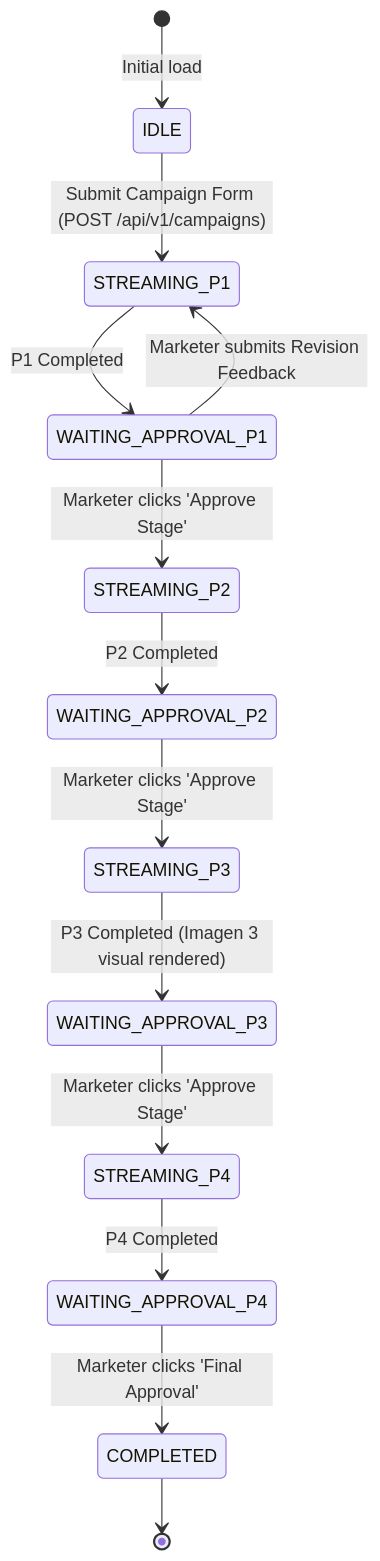
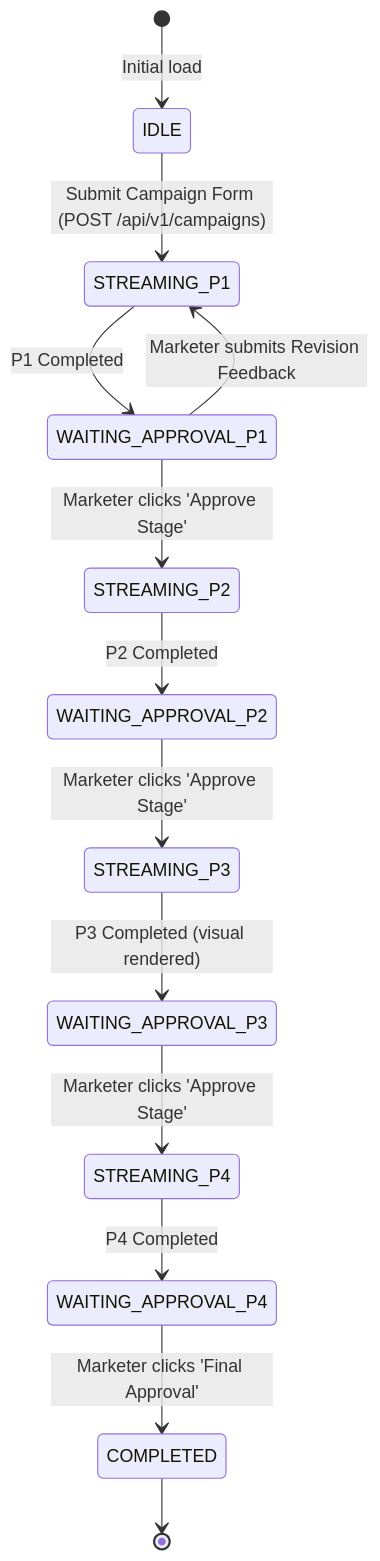
One commit to ryanahn-google/version1 changed the second of 2 diagrams in docs/design/FRONTEND.md. Above: the diagram before and after it, drawn with Mermaid. The commit also changed other lines of this file and 23 other files, not shown here.

````diff
--- a/docs/design/FRONTEND.md
+++ b/docs/design/FRONTEND.md
@@ -103,15 +103,15 @@
 ```mermaid
 stateDiagram-v2
     [*] --> IDLE: Initial load
     IDLE --> STREAMING_P1: Submit Campaign Form (POST /api/v1/campaigns)
     STREAMING_P1 --> WAITING_APPROVAL_P1: P1 Completed
     WAITING_APPROVAL_P1 --> STREAMING_P1: Marketer submits Revision Feedback
     WAITING_APPROVAL_P1 --> STREAMING_P2: Marketer clicks 'Approve Stage'
     STREAMING_P2 --> WAITING_APPROVAL_P2: P2 Completed
     WAITING_APPROVAL_P2 --> STREAMING_P3: Marketer clicks 'Approve Stage'
-    STREAMING_P3 --> WAITING_APPROVAL_P3: P3 Completed (Imagen 3 visual rendered)
+    STREAMING_P3 --> WAITING_APPROVAL_P3: P3 Completed (visual rendered)
     WAITING_APPROVAL_P3 --> STREAMING_P4: Marketer clicks 'Approve Stage'
     STREAMING_P4 --> WAITING_APPROVAL_P4: P4 Completed
     WAITING_APPROVAL_P4 --> COMPLETED: Marketer clicks 'Final Approval'
     COMPLETED --> [*]
 ```
````
